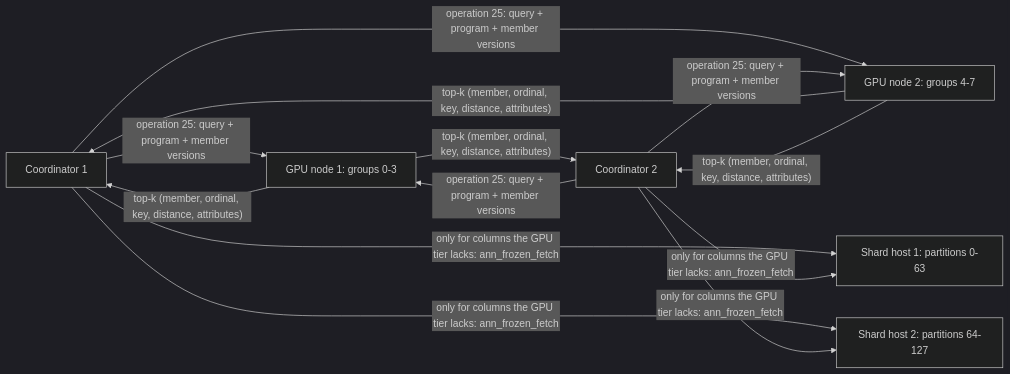
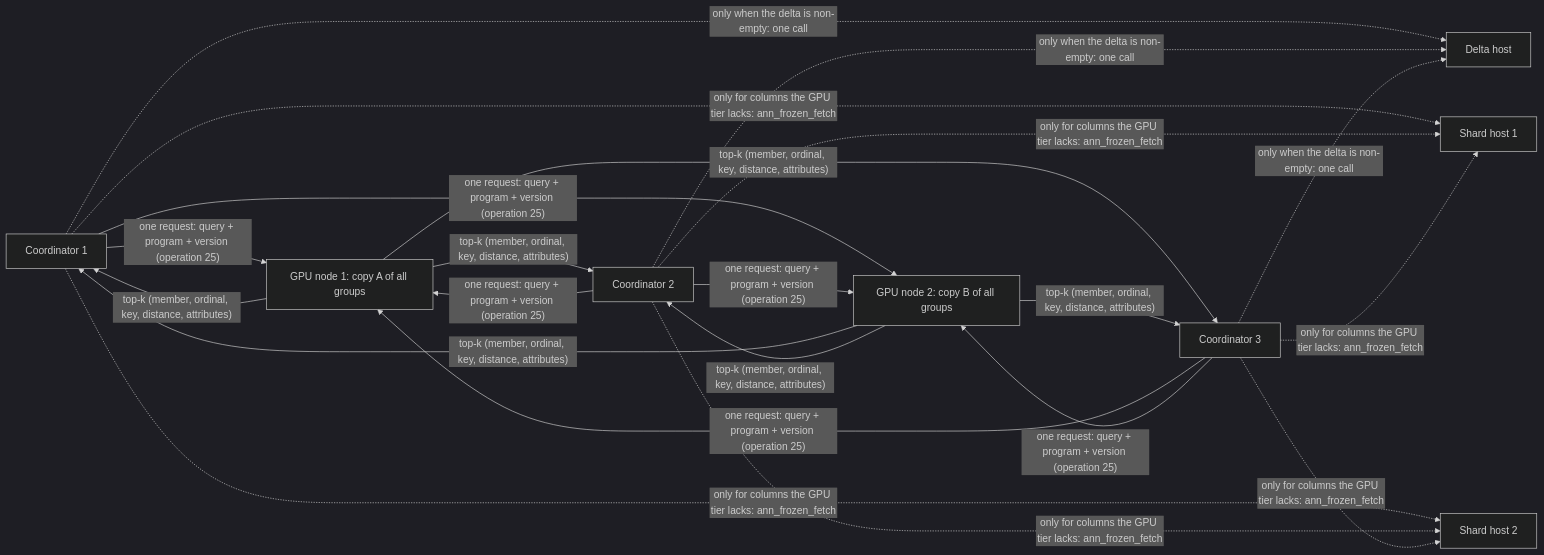
One commit to chenqin/pgvector changed the diagram in docs/ann-sharded-collections-plan.md. Above: the diagram before and after it, drawn with Mermaid (dark theme). The commit also changed other lines of this file and 16 other files, not shown here.

````diff
--- a/docs/ann-sharded-collections-plan.md
+++ b/docs/ann-sharded-collections-plan.md
@@ -51,6 +106,7 @@
 ```mermaid
 flowchart LR
-    C1[Coordinator 1] & C2[Coordinator 2] -->|"operation 25: query + program + member versions"| G1[GPU node 1: groups 0-3] & G2[GPU node 2: groups 4-7]
-    G1 & G2 -->|"top-k (member, ordinal, key, distance, attributes)"| C1 & C2
-    C1 & C2 -->|"only for columns the GPU tier lacks: ann_frozen_fetch"| S1[Shard host 1: partitions 0-63] & S2[Shard host 2: partitions 64-127]
+    C1[Coordinator 1] & C2[Coordinator 2] & C3[Coordinator 3] -->|"one request: query + program + version (operation 25)"| W1[GPU node 1: copy A of all groups] & W2[GPU node 2: copy B of all groups]
+    W1 & W2 -->|"top-k (member, ordinal, key, distance, attributes)"| C1 & C2 & C3
+    C1 & C2 & C3 -.->|"only when the delta is non-empty: one call"| D[Delta host]
+    C1 & C2 & C3 -.->|"only for columns the GPU tier lacks: ann_frozen_fetch"| S1[Shard host 1] & S2[Shard host 2]
 ```
````
